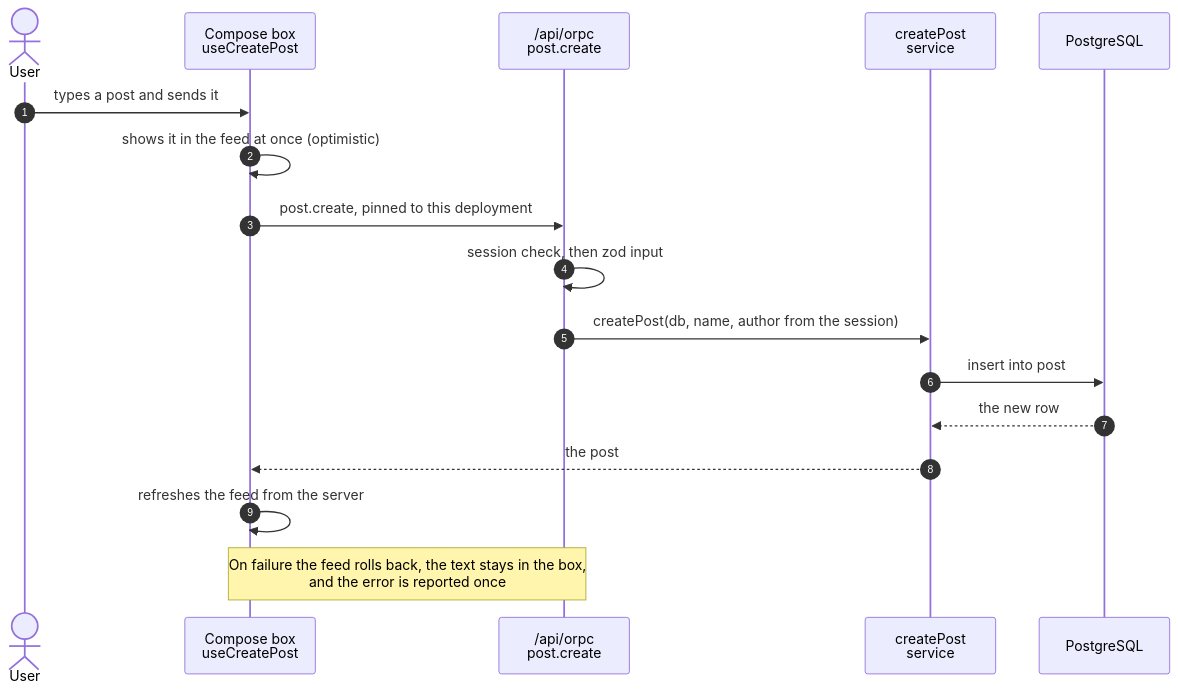
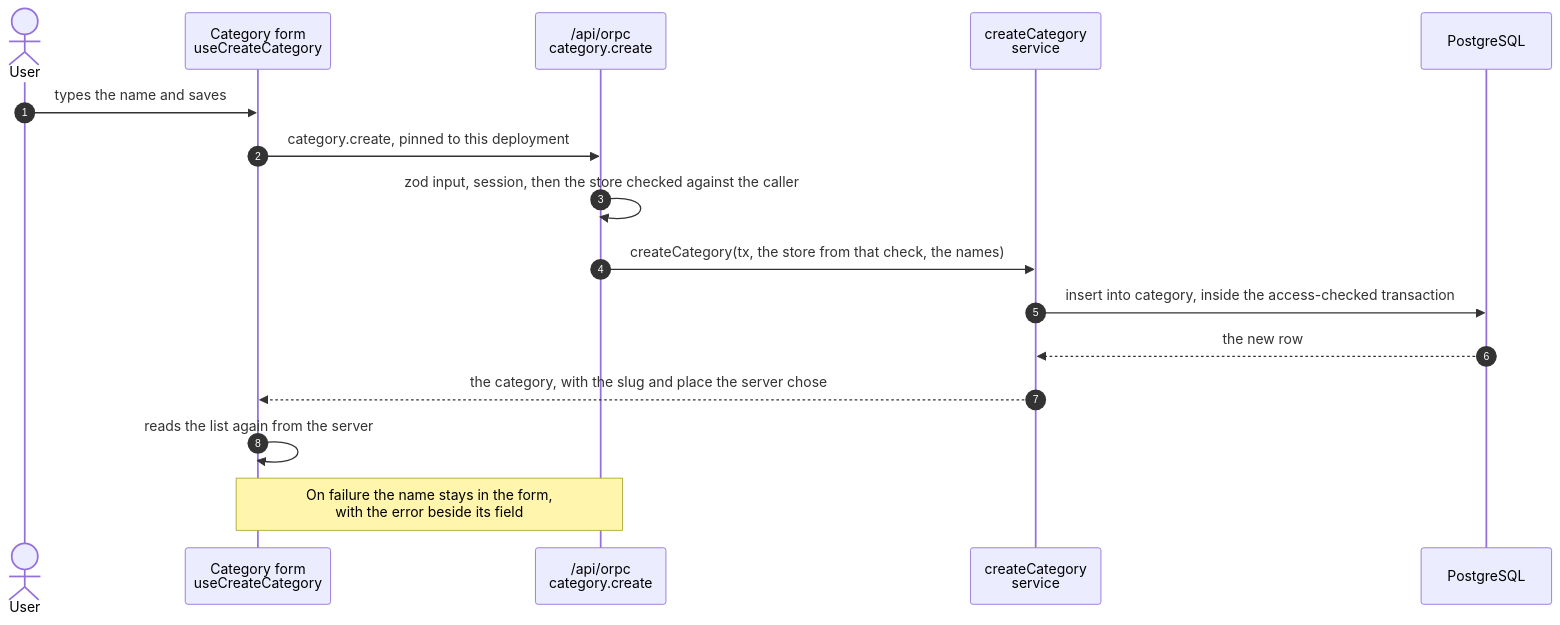
The second of 2 diagrams in README.md (LRegalado1996/feria), drawn with Mermaid before and after one commit. The commit also changed other lines of this file and 86 other files, not shown here.

````diff
--- a/README.md
+++ b/README.md
@@ -52,19 +52,18 @@
 ```mermaid
 sequenceDiagram
     autonumber
     actor U as User
-    participant C as Compose box<br/>useCreatePost
-    participant A as /api/orpc<br/>post.create
-    participant S as createPost<br/>service
+    participant C as Category form<br/>useCreateCategory
+    participant A as /api/orpc<br/>category.create
+    participant S as createCategory<br/>service
     participant D as PostgreSQL
-    U->>C: types a post and sends it
-    C->>C: shows it in the feed at once (optimistic)
-    C->>A: post.create, pinned to this deployment
-    A->>A: session check, then zod input
-    A->>S: createPost(db, name, author from the session)
-    S->>D: insert into post
+    U->>C: types the name and saves
+    C->>A: category.create, pinned to this deployment
+    A->>A: zod input, session, then the store checked against the caller
+    A->>S: createCategory(tx, the store from that check, the names)
+    S->>D: insert into category, inside the access-checked transaction
     D-->>S: the new row
-    S-->>C: the post
-    C->>C: refreshes the feed from the server
-    Note over C,A: On failure the feed rolls back, the text stays in the box,<br/>and the error is reported once
+    S-->>C: the category, with the slug and place the server chose
+    C->>C: reads the list again from the server
+    Note over C,A: On failure the name stays in the form,<br/>with the error beside its field
 ```
````
